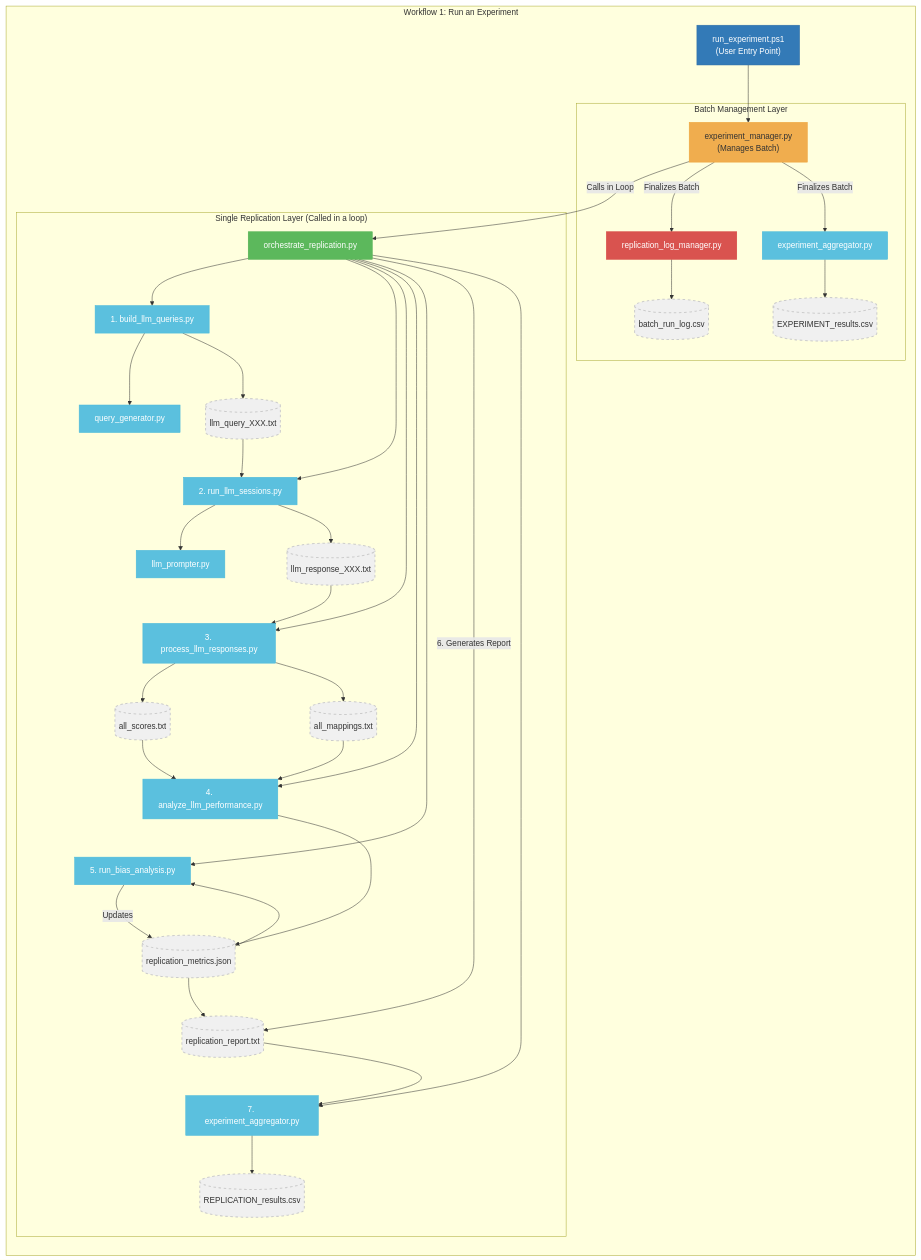
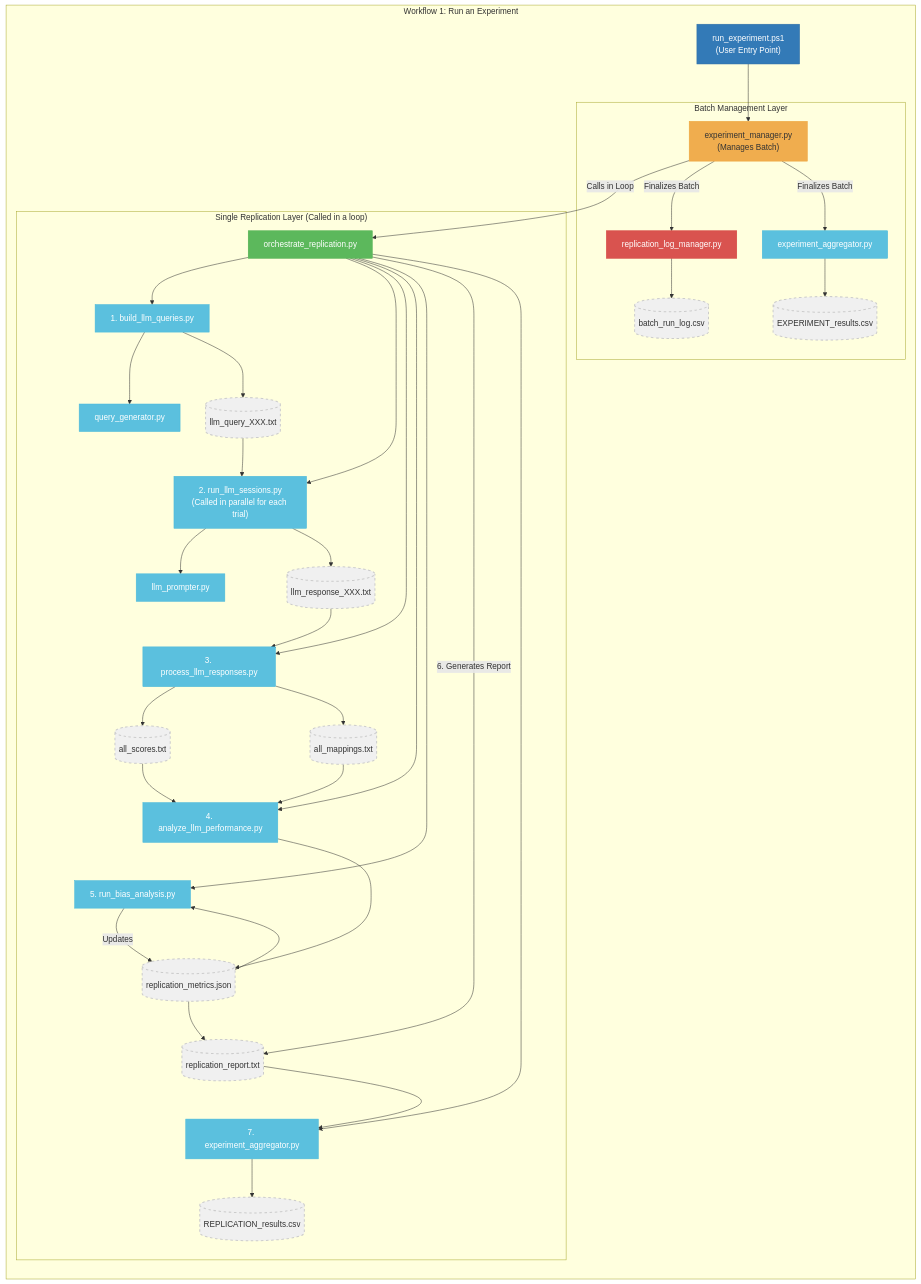
The diagram in docs/diagrams/architecture_workflow_1_run_experiment.mmd (peterjmarko/llm-narrative-framework), drawn with Mermaid before and after one commit. The commit also changed 8 other files, not shown here.

First line of the commit message:
perf(pipeline): parallelize LLM sessions for new runs

```diff
--- a/docs/diagrams/architecture_workflow_1_run_experiment.mmd
+++ b/docs/diagrams/architecture_workflow_1_run_experiment.mmd
@@ -1,103 +1,103 @@
 graph TD
     %% 1. Define all nodes first
     EntryPoint["run_experiment.ps1<br/>(User Entry Point)"]:::entry
     BatchManager["experiment_manager.py<br/>(Manages Batch)"]:::layer_orange
     LogManager["replication_log_manager.py"]:::danger
     BatchLog[("batch_run_log.csv")]:::artifact
     FinalAggregator["experiment_aggregator.py"]:::script
     ReplResults[("REPLICATION_results.csv")]:::artifact
     ExpResults[("EXPERIMENT_results.csv")]:::artifact
     
     ReplicationOrchestrator["orchestrate_replication.py"]:::layer_green
     BuildQueries["1. build_llm_queries.py"]:::script
     QueryGenerator["query_generator.py"]:::script
     LLMQueries[("llm_query_XXX.txt")]:::artifact
-    RunSessions["2. run_llm_sessions.py"]:::script
+    RunSessions["2. run_llm_sessions.py<br/>(Called in parallel for each trial)"]:::script
     LLMPrompter["llm_prompter.py"]:::script
     LLMResponses[("llm_response_XXX.txt")]:::artifact
     ProcessResponses["3. process_llm_responses.py"]:::script
     AllScores[("all_scores.txt")]:::artifact
     AllMappings[("all_mappings.txt")]:::artifact
     AnalyzePerformance["4. analyze_llm_performance.py"]:::script
     BiasAnalysis["5. run_bias_analysis.py"]:::script
     ReplicationMetrics[("replication_metrics.json")]:::artifact
     ReplicationReport[("replication_report.txt")]:::artifact
     Aggregator["7. experiment_aggregator.py"]:::script
 
     %% 2. Define connections
     EntryPoint --> BatchManager
     BatchManager -- "Calls in Loop" --> ReplicationOrchestrator
     BatchManager -- "Finalizes Batch" --> LogManager
     LogManager --> BatchLog
     
     %% The orchestrator now handles the full 6-stage replication pipeline
     ReplicationOrchestrator --> BuildQueries
     ReplicationOrchestrator --> RunSessions
     ReplicationOrchestrator --> ProcessResponses
     ReplicationOrchestrator --> AnalyzePerformance
     ReplicationOrchestrator --> BiasAnalysis
     ReplicationOrchestrator -- "6. Generates Report" --> ReplicationReport
     ReplicationOrchestrator --> Aggregator
 
     %% Add invisible links to force the visual order of the stages
     BuildQueries ~~~ RunSessions ~~~ ProcessResponses ~~~ AnalyzePerformance ~~~ BiasAnalysis ~~~ ReplicationReport ~~~ Aggregator
 
     BatchManager -- "Finalizes Batch" --> FinalAggregator
     FinalAggregator --> ExpResults
     Aggregator --> ReplResults
 
     BuildQueries --> QueryGenerator
     BuildQueries --> LLMQueries
     LLMQueries --> RunSessions
     RunSessions --> LLMPrompter
     RunSessions --> LLMResponses
     LLMResponses --> ProcessResponses
     ProcessResponses --> AllScores
     ProcessResponses --> AllMappings
     AllScores --> AnalyzePerformance
     AllMappings --> AnalyzePerformance
     AnalyzePerformance --> ReplicationMetrics
     ReplicationMetrics --> BiasAnalysis
     BiasAnalysis -- "Updates" --> ReplicationMetrics
     ReplicationMetrics --> ReplicationReport
     ReplicationReport --> Aggregator
 
     %% 3. Group nodes into subgraphs using their IDs
     subgraph "Workflow 1: Run an Experiment"
         direction TB
         EntryPoint
         subgraph "Batch Management Layer"
             BatchManager
             LogManager
             BatchLog
             FinalAggregator
             ExpResults
         end
         
         subgraph "Single Replication Layer (Called in a loop)"
             ReplicationOrchestrator
             BuildQueries
             QueryGenerator
             LLMQueries
             RunSessions
             LLMPrompter
             LLMResponses
             ProcessResponses
             AllScores
             AllMappings
             AnalyzePerformance
             BiasAnalysis
             Aggregator
             ReplicationMetrics
             ReplicationReport
             ReplResults
         end
     end
 
     %% 4. Styling
     classDef entry fill:#337ab7,stroke:#2e6da4,color:#fff;
     classDef layer_orange fill:#f0ad4e,stroke:#eea236,color:#333;
     classDef layer_green fill:#5cb85c,stroke:#4cae4c,color:#fff;
     classDef script fill:#5bc0de,stroke:#46b8da,color:#fff;
     classDef danger fill:#d9534f,stroke:#d43f3a,color:#fff;
     classDef artifact fill:#f0f0f0,stroke:#ccc,stroke-width:2px,stroke-dasharray: 5 5;
```
